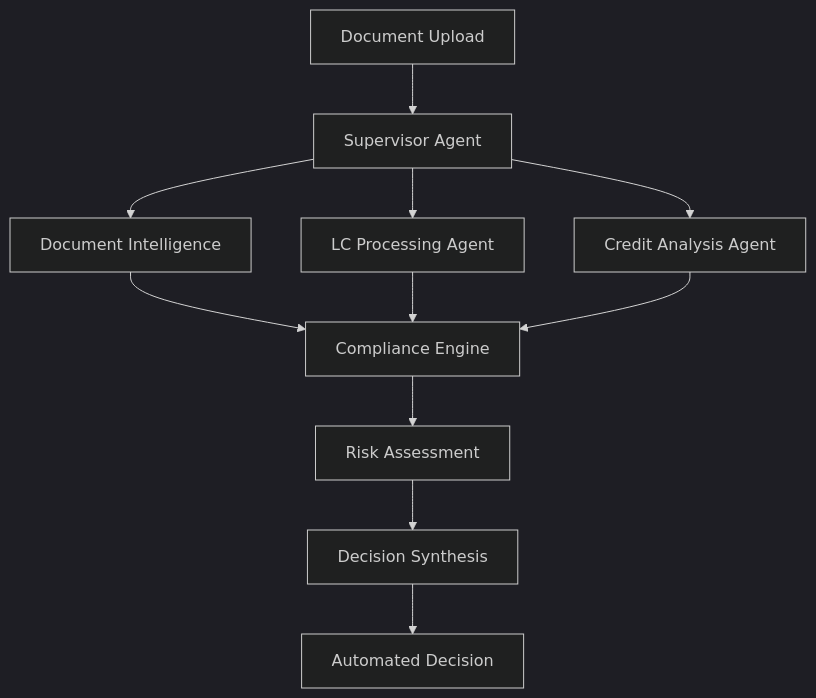
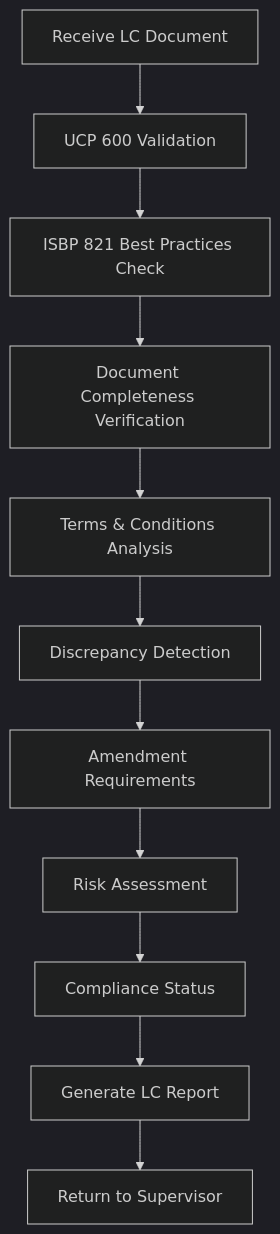
Before and after one commit to ngcuyen/multi-agent-hackathon: the third of 13 diagrams in README.md, drawn with Mermaid (dark theme). The commit also changed other lines of this file, not shown here.

````diff
--- a/README.md
+++ b/README.md
@@ -124,13 +298,13 @@
 ```mermaid
 graph TD
-    A[Document Upload] --> B[Supervisor Agent]
-    B --> C[Document Intelligence]
-    B --> D[LC Processing Agent]
-    B --> E[Credit Analysis Agent]
-    C --> F[Compliance Engine]
-    D --> F
-    E --> F
-    F --> G[Risk Assessment]
-    G --> H[Decision Synthesis]
-    H --> I[Automated Decision]
+    A[Receive LC Document] --> B[UCP 600 Validation]
+    B --> C[ISBP 821 Best Practices Check]
+    C --> D[Document Completeness Verification]
+    D --> E[Terms & Conditions Analysis]
+    E --> F[Discrepancy Detection]
+    F --> G[Amendment Requirements]
+    G --> H[Risk Assessment]
+    H --> I[Compliance Status]
+    I --> J[Generate LC Report]
+    J --> K[Return to Supervisor]
 ```
````
